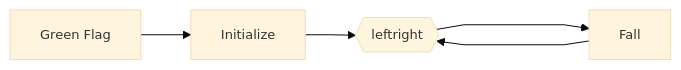
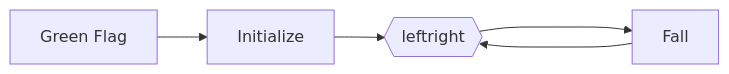
Before and after one commit to ksdavidc/digitalgardenforJrCoders: the first of 3 diagrams in src/site/notes/Digital Garden/Hatlight Platformer.md, drawn with Mermaid. The commit also changed other lines of this file, not shown here.

````diff
--- a/src/site/notes/Digital Garden/Hatlight Platformer.md
+++ b/src/site/notes/Digital Garden/Hatlight Platformer.md
@@ -37,6 +42,6 @@
 ```mermaid
-%%{init: {'theme': 'base', 'themeVariables': { 'fontSize': '13px', 'fontFamily': 'Inter'}, "flowchart" : { 'curve' : 'linear'} }}%%
+%%{init: {'theme': 'base', 'themeVariables': {logLevel, 2 }, "flowchart" : { diagramPadding:32, 'fontFamily':'Georgia', 'fontSize': '28px', useMaxWidth:true, htmlLabels:true, curve:'cardinal','curve': 'linear'} }}%%
 flowchart LR
-       GF[Green Flag] --> I[Initialize] --> A{{leftright}} 
+       GF[Green Flag ] --> I[Initialize] --> A{{leftright}} 
        A --> B[Fall] ----> A
 ```
````
